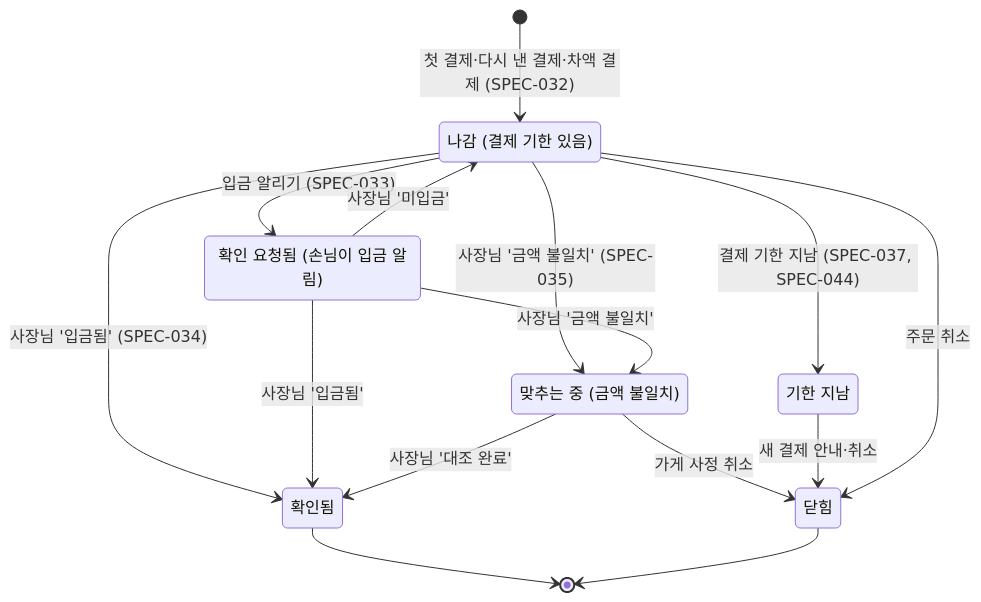
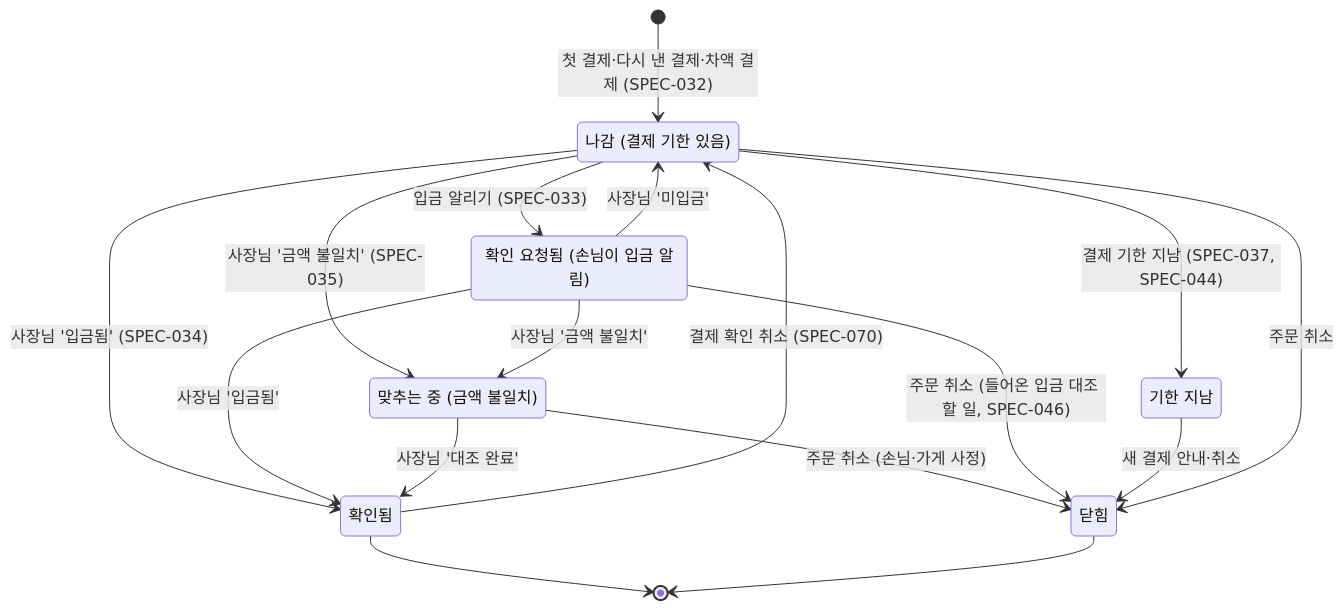
Before and after one commit to kodonghui/siljang.ai: the third of 8 diagrams in docs/04-functional-spec/spec.md, drawn with Mermaid. The commit also changed other lines of this file and 35 other files, not shown here.

````diff
--- a/docs/04-functional-spec/spec.md
+++ b/docs/04-functional-spec/spec.md
@@ -96,23 +98,25 @@
 ```mermaid
 stateDiagram-v2
   state "나감 (결제 기한 있음)" as open
   state "확인 요청됨 (손님이 입금 알림)" as claimed
   state "맞추는 중 (금액 불일치)" as mismatch
   state "확인됨" as paid
   state "기한 지남" as expired
   state "닫힘" as closed
   [*] --> open: 첫 결제·다시 낸 결제·차액 결제 (SPEC-032)
   open --> claimed: 입금 알리기 (SPEC-033)
   open --> paid: 사장님 '입금됨' (SPEC-034)
   claimed --> paid: 사장님 '입금됨'
   claimed --> open: 사장님 '미입금'
   open --> mismatch: 사장님 '금액 불일치' (SPEC-035)
   claimed --> mismatch: 사장님 '금액 불일치'
   mismatch --> paid: 사장님 '대조 완료'
-  mismatch --> closed: 가게 사정 취소
+  mismatch --> closed: 주문 취소 (손님·가게 사정)
+  claimed --> closed: 주문 취소 (들어온 입금 대조 할 일, SPEC-046)
+  paid --> open: 결제 확인 취소 (SPEC-070)
   open --> expired: 결제 기한 지남 (SPEC-037, SPEC-044)
   expired --> closed: 새 결제 안내·취소
   open --> closed: 주문 취소
   paid --> [*]
   closed --> [*]
 ```
````
